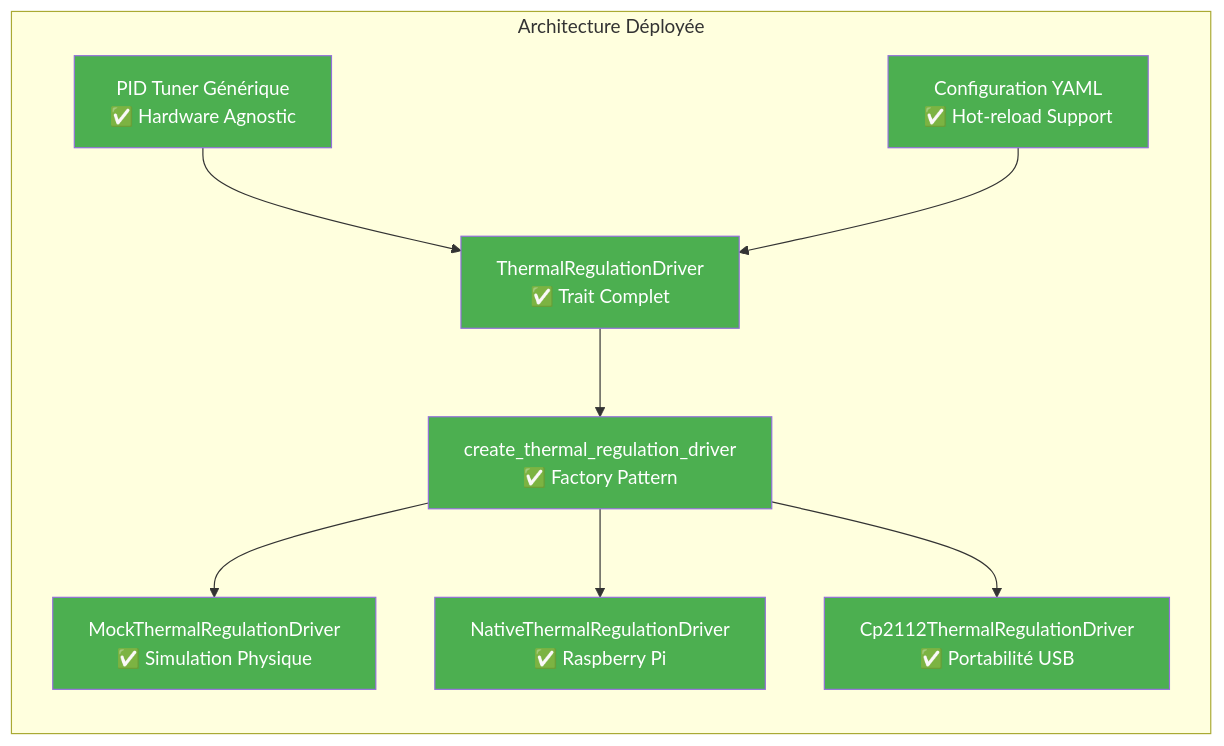
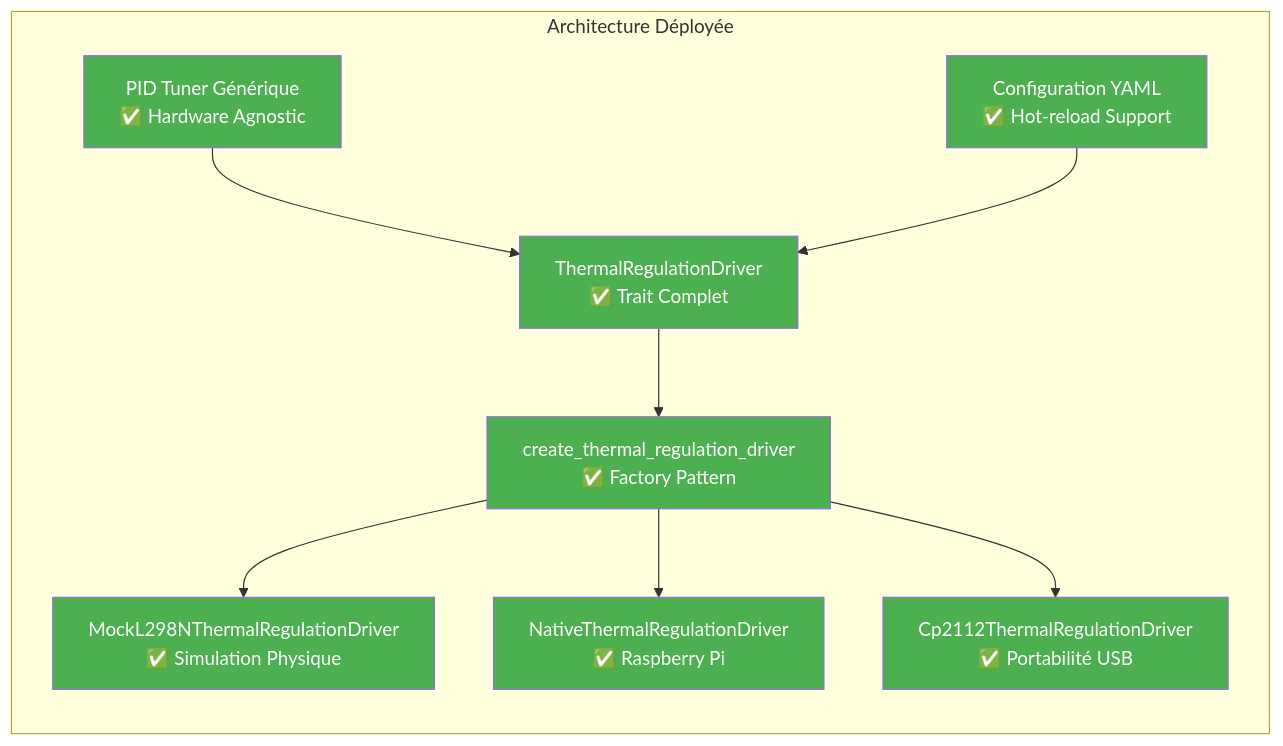
Before and after one commit to sctg-development/rust-photoacoustic: diagram 25 of 28 in docs/regulation_thermique.md, drawn with Mermaid. The commit also changed other lines of this file and 4 other files, not shown here.

Commit message:
feat: rework and comment thermal mock driver for giving a reference implementation

````diff
--- a/docs/regulation_thermique.md
+++ b/docs/regulation_thermique.md
@@ -2944,30 +3004,30 @@
 ```mermaid
 graph LR
     subgraph "Architecture Déployée"
         TRAIT[ThermalRegulationDriver<br/>✅ Trait Complet]
         FACTORY[create_thermal_regulation_driver<br/>✅ Factory Pattern]
         
-        MOCK[MockThermalRegulationDriver<br/>✅ Simulation Physique]
+        MOCK[MockL298NThermalRegulationDriver<br/>✅ Simulation Physique]
         NATIVE[NativeThermalRegulationDriver<br/>✅ Raspberry Pi]
         CP2112[Cp2112ThermalRegulationDriver<br/>✅ Portabilité USB]
         
         TUNER[PID Tuner Générique<br/>✅ Hardware Agnostic]
         CONFIG[Configuration YAML<br/>✅ Hot-reload Support]
     end
     
     TRAIT --> FACTORY
     FACTORY --> MOCK
     FACTORY --> NATIVE
     FACTORY --> CP2112
     
     TUNER --> TRAIT
     CONFIG --> TRAIT
     
     style TRAIT fill:#4CAF50,color:#fff
     style FACTORY fill:#4CAF50,color:#fff
     style MOCK fill:#4CAF50,color:#fff
     style NATIVE fill:#4CAF50,color:#fff
     style CP2112 fill:#4CAF50,color:#fff
     style TUNER fill:#4CAF50,color:#fff
     style CONFIG fill:#4CAF50,color:#fff
 ```
````
